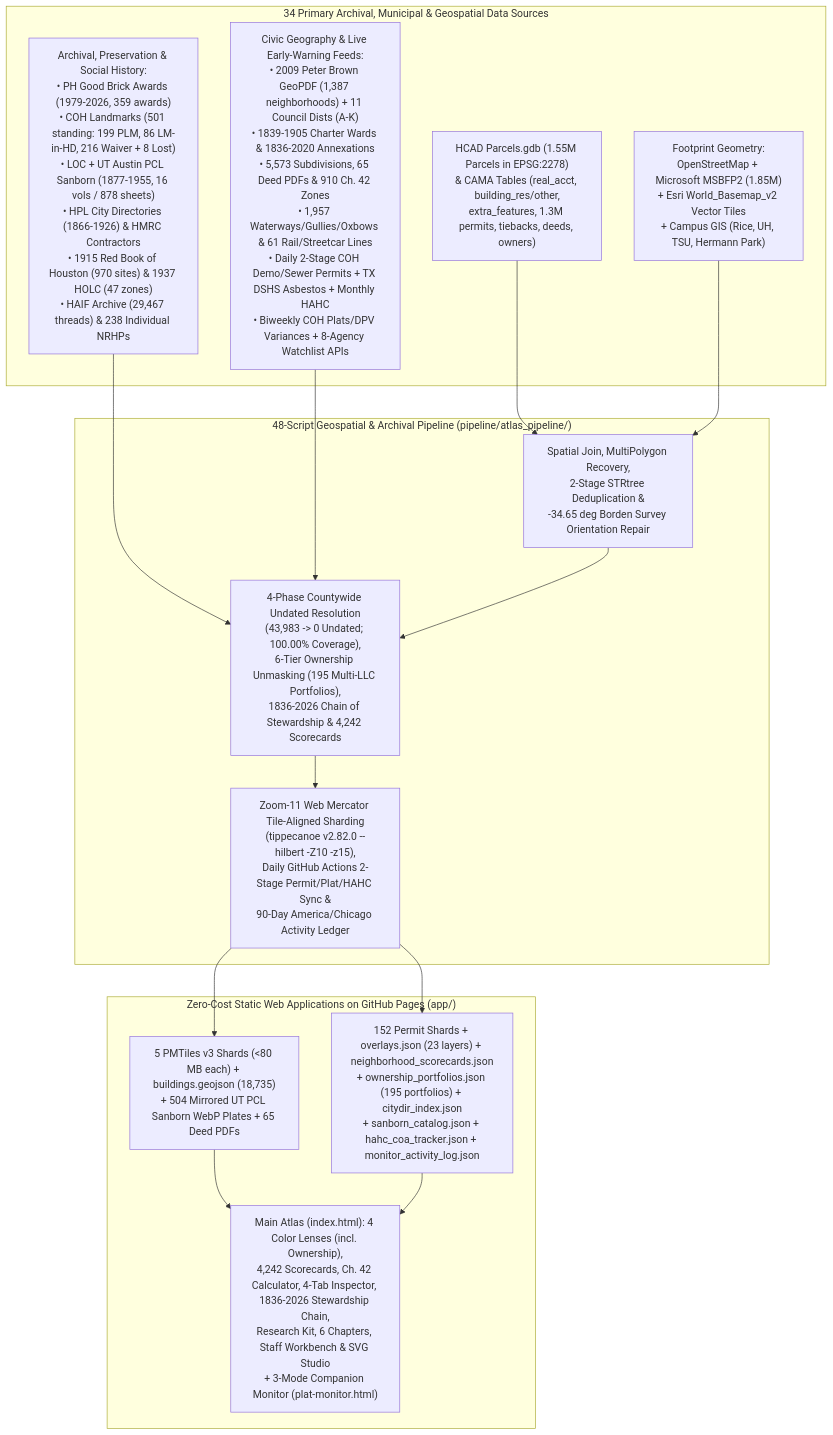
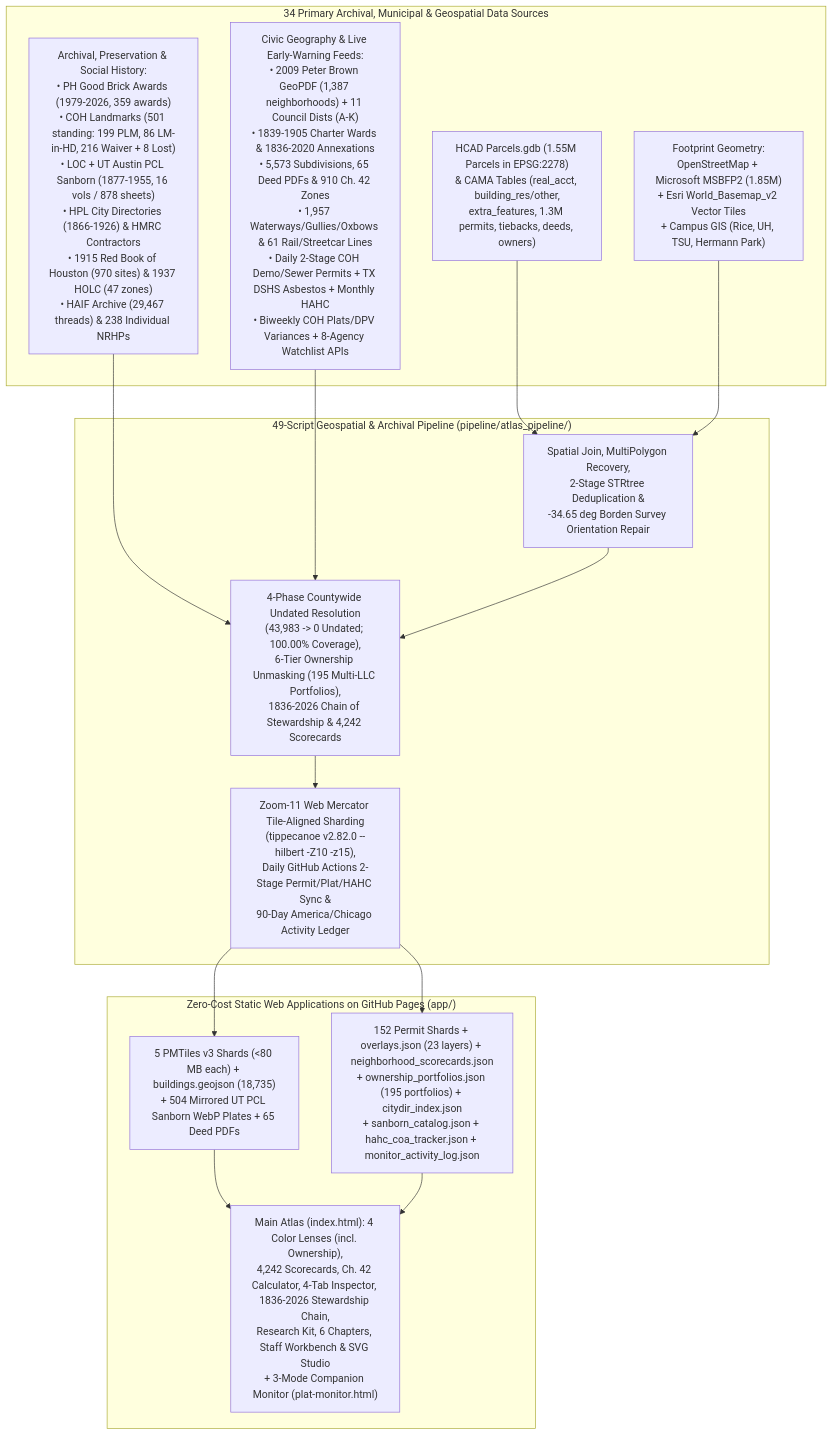
Before and after one commit to davemorris-gcp/houston-building-atlas: the diagram in README.md, drawn with Mermaid. The commit also changed other lines of this file and 48 other files, not shown here.

````diff
--- a/README.md
+++ b/README.md
@@ -19,26 +19,26 @@
 ```mermaid
 flowchart TD
     subgraph Sources["34 Primary Archival, Municipal & Geospatial Data Sources"]
         S1["HCAD Parcels.gdb (1.55M Parcels in EPSG:2278)\n& CAMA Tables (real_acct, building_res/other,\nextra_features, 1.3M permits, tiebacks, deeds, owners)"]
         S2["Footprint Geometry:\nOpenStreetMap + Microsoft MSBFP2 (1.85M)\n+ Esri World_Basemap_v2 Vector Tiles\n+ Campus GIS (Rice, UH, TSU, Hermann Park)"]
         S3["Archival, Preservation & Social History:\n• PH Good Brick Awards (1979-2026, 359 awards)\n• COH Landmarks (501 standing: 199 PLM, 86 LM-in-HD, 216 Waiver + 8 Lost)\n• LOC + UT Austin PCL Sanborn (1877-1955, 16 vols / 878 sheets)\n• HPL City Directories (1866-1926) & HMRC Contractors\n• 1915 Red Book of Houston (970 sites) & 1937 HOLC (47 zones)\n• HAIF Archive (29,467 threads) & 238 Individual NRHPs"]
         S4["Civic Geography & Live Early-Warning Feeds:\n• 2009 Peter Brown GeoPDF (1,387 neighborhoods) + 11 Council Dists (A-K)\n• 1839-1905 Charter Wards & 1836-2020 Annexations\n• 5,573 Subdivisions, 65 Deed PDFs & 910 Ch. 42 Zones\n• 1,957 Waterways/Gullies/Oxbows & 61 Rail/Streetcar Lines\n• Daily 2-Stage COH Demo/Sewer Permits + TX DSHS Asbestos + Monthly HAHC\n• Biweekly COH Plats/DPV Variances + 8-Agency Watchlist APIs"]
     end
 
-    subgraph Pipeline["48-Script Geospatial & Archival Pipeline (pipeline/atlas_pipeline/)"]
+    subgraph Pipeline["49-Script Geospatial & Archival Pipeline (pipeline/atlas_pipeline/)"]
         P1["Spatial Join, MultiPolygon Recovery,\n2-Stage STRtree Deduplication &\n-34.65 deg Borden Survey Orientation Repair"]
         P2["4-Phase Countywide Undated Resolution\n(43,983 -> 0 Undated; 100.00% Coverage),\n6-Tier Ownership Unmasking (195 Multi-LLC Portfolios),\n1836-2026 Chain of Stewardship & 4,242 Scorecards"]
         P3["Zoom-11 Web Mercator Tile-Aligned Sharding\n(tippecanoe v2.82.0 --hilbert -Z10 -z15),\nDaily GitHub Actions 2-Stage Permit/Plat/HAHC Sync &\n90-Day America/Chicago Activity Ledger"]
     end
 
     subgraph App["Zero-Cost Static Web Applications on GitHub Pages (app/)"]
         A1["5 PMTiles v3 Shards (<80 MB each) + buildings.geojson (18,735)\n+ 504 Mirrored UT PCL Sanborn WebP Plates + 65 Deed PDFs"]
         A2["152 Permit Shards + overlays.json (23 layers) + neighborhood_scorecards.json\n+ ownership_portfolios.json (195 portfolios) + citydir_index.json\n+ sanborn_catalog.json + hahc_coa_tracker.json + monitor_activity_log.json"]
         A3["Main Atlas (index.html): 4 Color Lenses (incl. Ownership),\n4,242 Scorecards, Ch. 42 Calculator, 4-Tab Inspector, 1836-2026 Stewardship Chain,\nResearch Kit, 6 Chapters, Staff Workbench & SVG Studio\n+ 3-Mode Companion Monitor (plat-monitor.html)"]
     end
 
     S1 & S2 --> P1
     S3 & S4 --> P2
     P1 --> P2 --> P3
     P3 --> A1 & A2 --> A3
 ```
````
